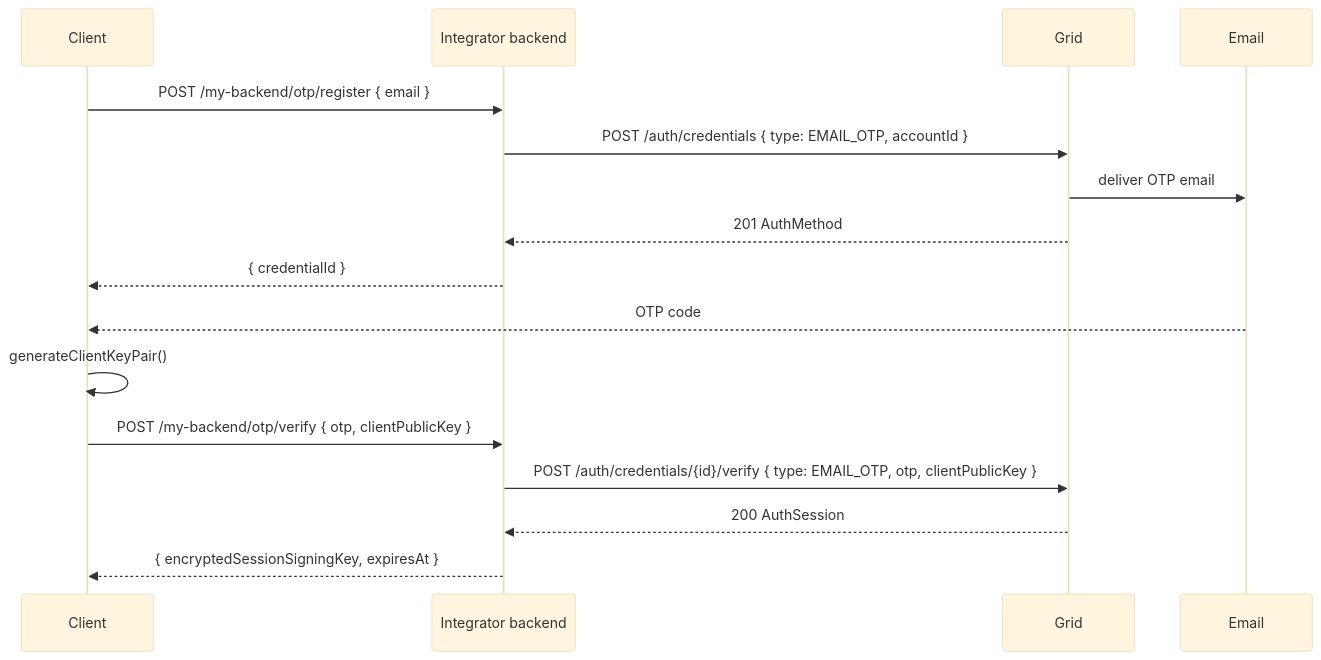
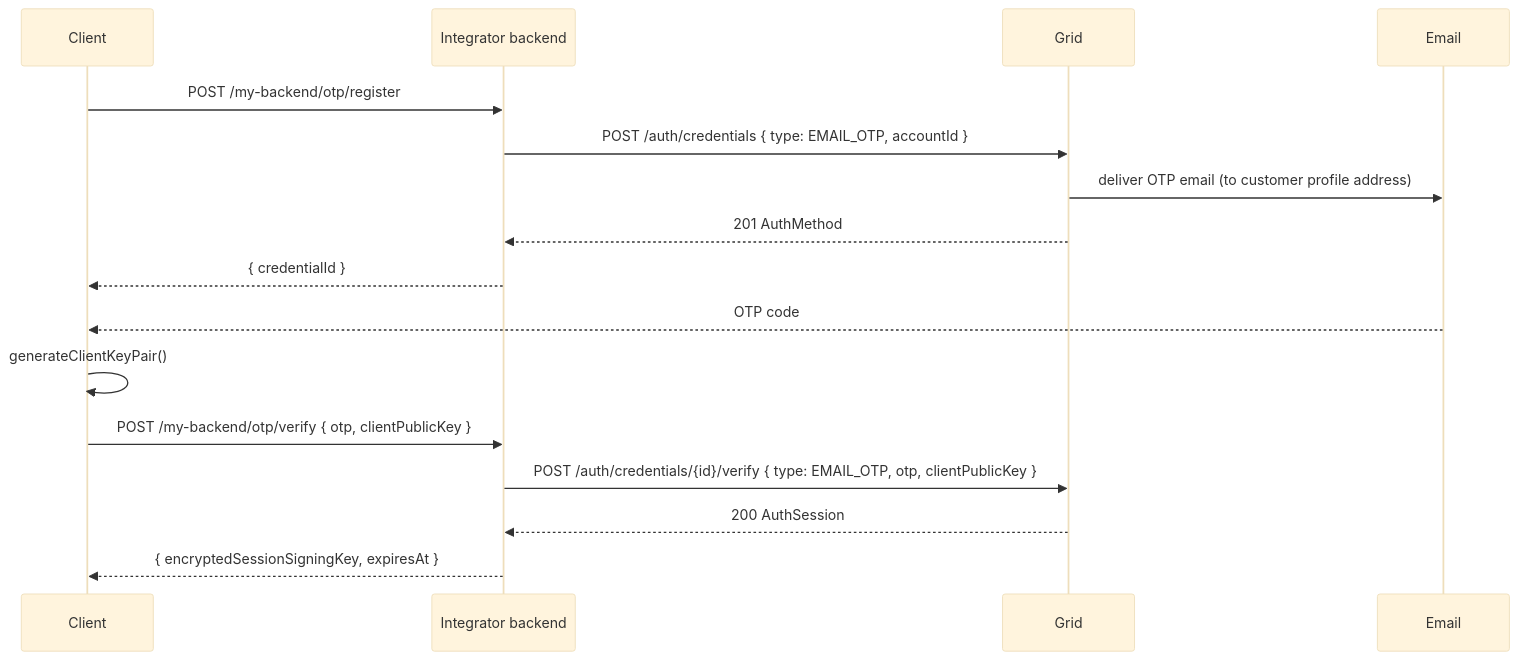
Before and after one commit to lightsparkdev/grid-api: the fourth of 5 diagrams in mintlify/snippets/global-accounts/authentication.mdx, drawn with Mermaid (base theme).

Commit message:
sync EMAIL_OTP mermaid diagram with schema (Greptile review)
The Email OTP sequence diagram still showed an email field in the
Grid request, contradicting the curl example, Note, and schema.
Removed the field and clarified that the OTP is delivered to the
customer profile address.

````diff
--- a/mintlify/snippets/global-accounts/authentication.mdx
+++ b/mintlify/snippets/global-accounts/authentication.mdx
@@ -425,19 +425,19 @@
 ```mermaid
 sequenceDiagram
   participant C as Client
   participant IB as Integrator backend
   participant G as Grid
   participant E as Email
 
-  C->>IB: POST /my-backend/otp/register { email }
+  C->>IB: POST /my-backend/otp/register
   IB->>G: POST /auth/credentials { type: EMAIL_OTP, accountId }
-  G->>E: deliver OTP email
+  G->>E: deliver OTP email (to customer profile address)
   G-->>IB: 201 AuthMethod
   IB-->>C: { credentialId }
   E-->>C: OTP code
   C->>C: generateClientKeyPair()
   C->>IB: POST /my-backend/otp/verify { otp, clientPublicKey }
   IB->>G: POST /auth/credentials/{id}/verify { type: EMAIL_OTP, otp, clientPublicKey }
   G-->>IB: 200 AuthSession
   IB-->>C: { encryptedSessionSigningKey, expiresAt }
 ```
````
